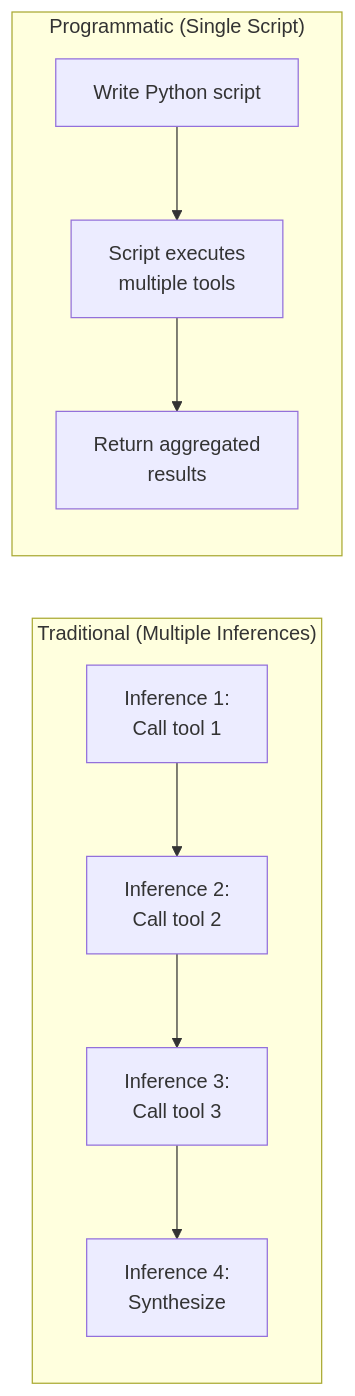
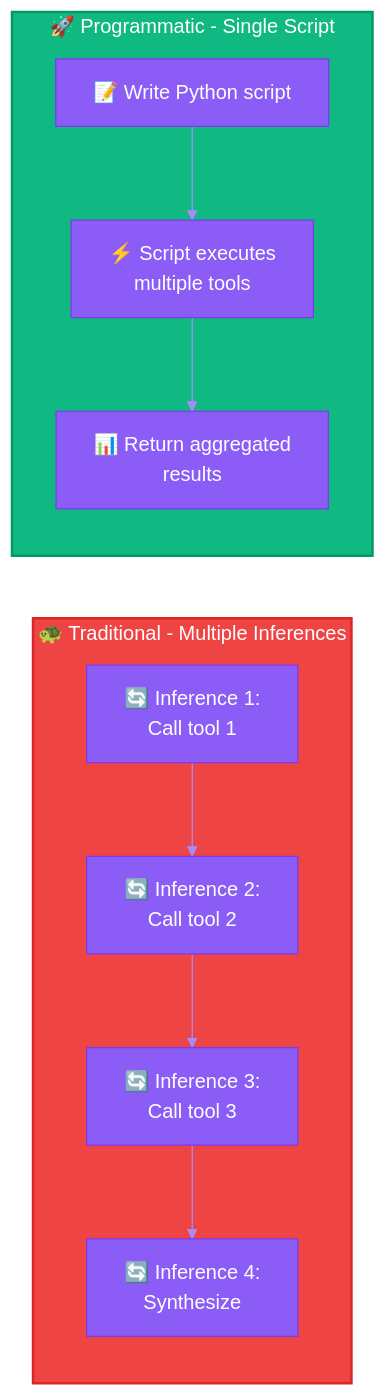
The first of 2 diagrams in patterns/06-programmatic-orchestration.md (ThibautMelen/agentic-ai-systems), drawn with Mermaid before and after one commit. The commit also changed other lines of this file and 7 other files, not shown here.

First line of the commit message:
style(diagrams): add vibrant colors to all Mermaid diagrams

````diff
--- a/patterns/06-programmatic-orchestration.md
+++ b/patterns/06-programmatic-orchestration.md
@@ -13,17 +13,21 @@
 ```mermaid
+%%{init: {'theme': 'base', 'themeVariables': { 'primaryColor': '#8b5cf6', 'primaryTextColor': '#ffffff', 'primaryBorderColor': '#7c3aed', 'lineColor': '#a78bfa'}}}%%
 flowchart LR
-    subgraph Traditional["Traditional (Multiple Inferences)"]
-        T1["Inference 1:<br/>Call tool 1"]
-        T2["Inference 2:<br/>Call tool 2"]
-        T3["Inference 3:<br/>Call tool 3"]
-        T4["Inference 4:<br/>Synthesize"]
+    subgraph Traditional["🐢 Traditional - Multiple Inferences"]
+        T1["🔄 Inference 1:<br/>Call tool 1"]
+        T2["🔄 Inference 2:<br/>Call tool 2"]
+        T3["🔄 Inference 3:<br/>Call tool 3"]
+        T4["🔄 Inference 4:<br/>Synthesize"]
         T1 --> T2 --> T3 --> T4
     end
 
-    subgraph Programmatic["Programmatic (Single Script)"]
-        P1[Write Python script]
-        P2[Script executes<br/>multiple tools]
-        P3[Return aggregated<br/>results]
+    subgraph Programmatic["🚀 Programmatic - Single Script"]
+        P1[📝 Write Python script]
+        P2[⚡ Script executes<br/>multiple tools]
+        P3[📊 Return aggregated<br/>results]
         P1 --> P2 --> P3
     end
+
+    style Traditional fill:#ef4444,stroke:#dc2626,stroke-width:2px,color:#ffffff
+    style Programmatic fill:#10b981,stroke:#059669,stroke-width:2px,color:#ffffff
 ```
````
